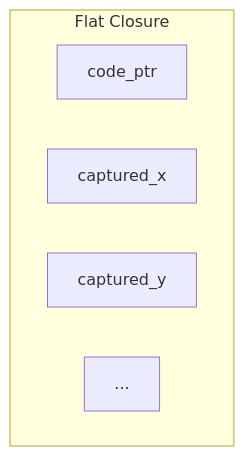
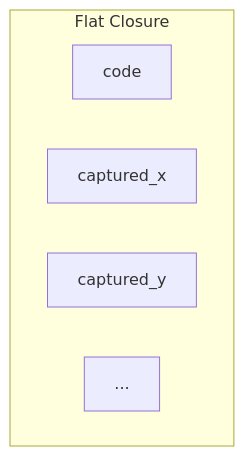
One commit to FidelityFramework/clef-lang-site changed the second of 2 diagrams in hugo/content/docs/design/memory/gaining-closure.md. Above: the diagram before and after it, drawn with Mermaid. The commit also changed other lines of this file and 25 other files, not shown here.

````diff
--- a/hugo/content/docs/design/memory/gaining-closure.md
+++ b/hugo/content/docs/design/memory/gaining-closure.md
@@ -70,10 +70,10 @@
 ```mermaid
 flowchart LR
     subgraph FlatClosure["Flat Closure"]
         direction LR
-        CP[code_ptr]
+        CP[code]
         CX[captured_x]
         CY[captured_y]
         ETC[...]
     end
 ```
````
